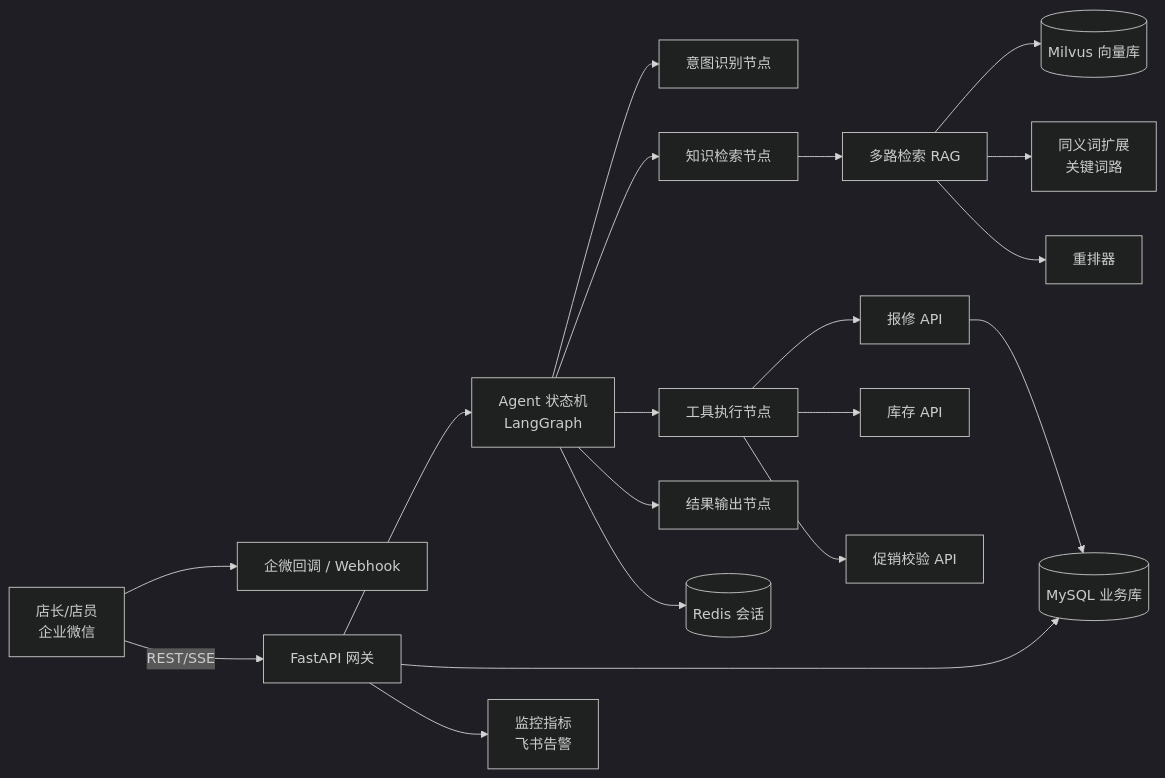
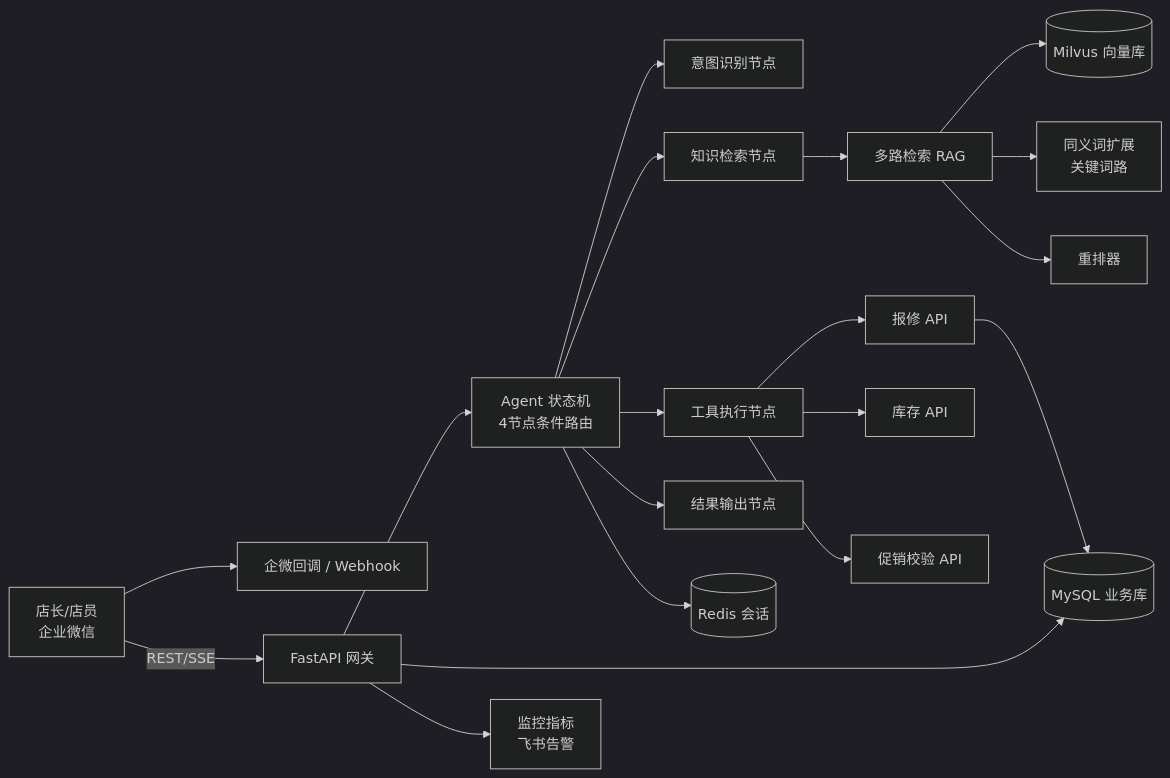
Before and after one commit to helios-wq/M9T-Store-Operations-Agent-System-demo: the diagram in docs/design.md, drawn with Mermaid (dark theme). The commit also changed other lines of this file, not shown here.

````diff
--- a/docs/design.md
+++ b/docs/design.md
@@ -5,21 +5,21 @@
 ```mermaid
 flowchart LR
     U[店长/店员<br/>企业微信] --> W[企微回调 / Webhook]
     U -->|REST/SSE| API[FastAPI 网关]
-    API --> AG[Agent 状态机<br/>LangGraph]
+    API --> AG[Agent 状态机<br/>4节点条件路由]
     AG --> INT[意图识别节点]
     AG --> RET[知识检索节点]
     AG --> TOOL[工具执行节点]
     AG --> OUT[结果输出节点]
     RET --> RAG[多路检索 RAG]
     RAG --> VS[(Milvus 向量库)]
     RAG --> KW[同义词扩展<br/>关键词路]
     RAG --> RK[重排器]
     TOOL --> T1[报修 API]
     TOOL --> T2[库存 API]
     TOOL --> T3[促销校验 API]
     AG --> S[(Redis 会话)]
     API --> M[(MySQL 业务库)]
     API --> MON[监控指标<br/>飞书告警]
     T1 --> M
 ```
````
